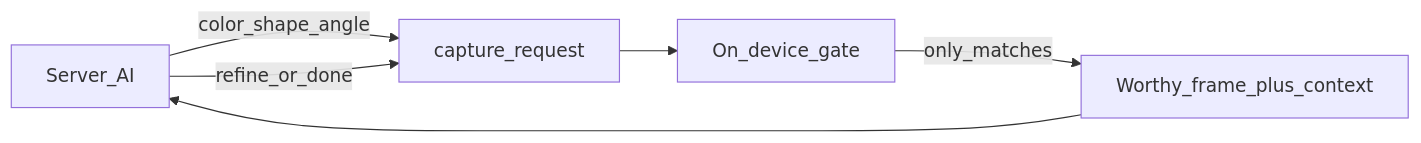
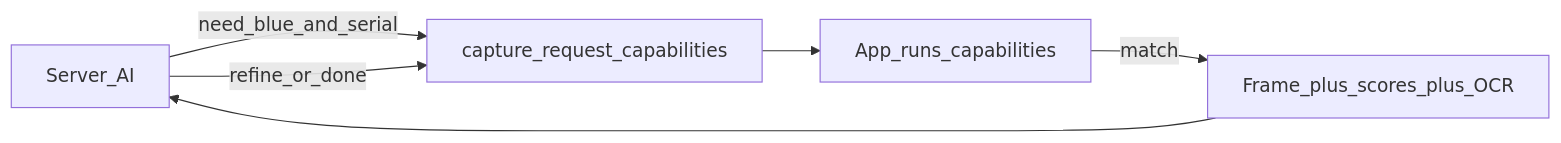
One commit to paradigm-threat/myproblem changed the diagram in docs/capture-guidance.md. Above: the diagram before and after it, drawn with Mermaid. The commit also changed other lines of this file and 33 other files, not shown here.

````diff
--- a/docs/capture-guidance.md
+++ b/docs/capture-guidance.md
@@ -38,12 +50,12 @@
 ```mermaid
 flowchart LR
   server[Server_AI]
-  hint[capture_request]
-  gate[On_device_gate]
-  worthy[Worthy_frame_plus_context]
-  server -->|"color_shape_angle"| hint
-  hint --> gate
-  gate -->|"only_matches"| worthy
-  worthy --> server
-  server -->|"refine_or_done"| hint
+  ask[capture_request_capabilities]
+  app[App_runs_capabilities]
+  evidence[Frame_plus_scores_plus_OCR]
+  server -->|"need_blue_and_serial"| ask
+  ask --> app
+  app -->|"match"| evidence
+  evidence --> server
+  server -->|"refine_or_done"| ask
 ```
````
